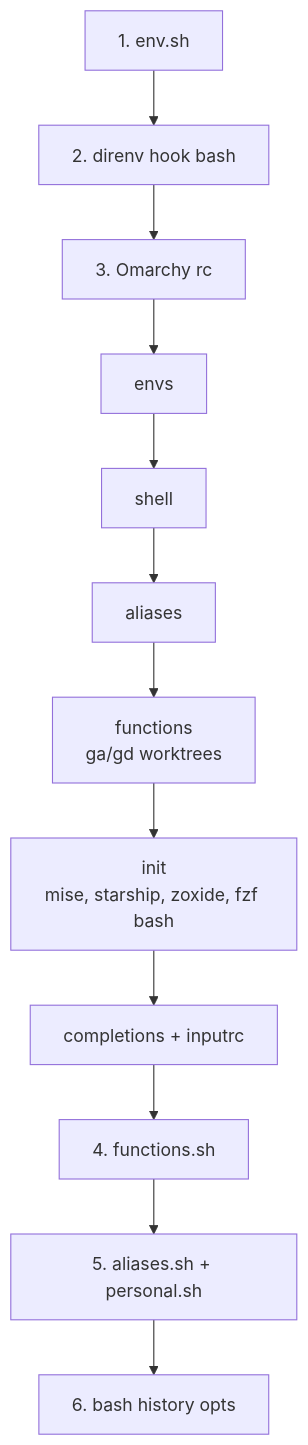
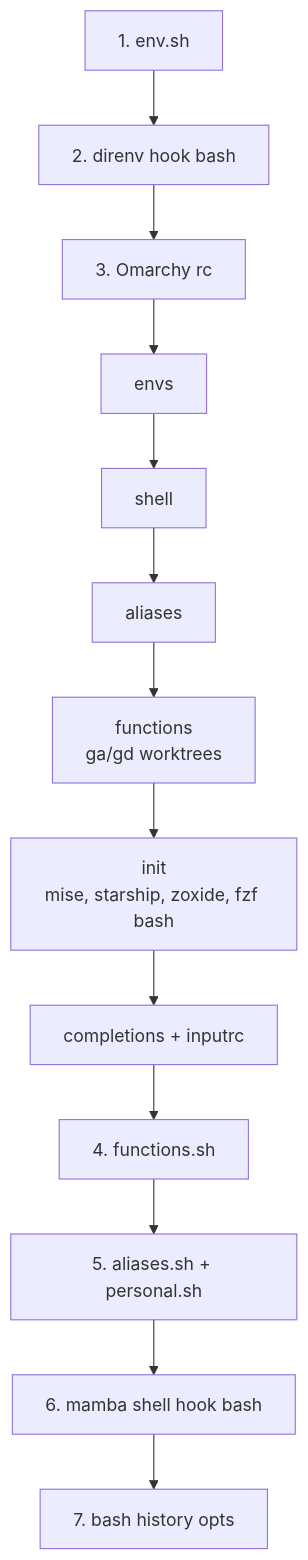
The seventh of 11 diagrams in shell.md (p10ns11y/shellyxz.sh), drawn with Mermaid before and after one commit. The commit also changed other lines of this file and 3 other files, not shown here.

````diff
--- a/shell.md
+++ b/shell.md
@@ -344,14 +350,15 @@
 ```mermaid
 flowchart TD
     A["1. env.sh"] --> B["2. direnv hook bash"]
     B --> C["3. Omarchy rc"]
     C --> C1["envs"]
     C1 --> C2["shell"]
     C2 --> C3["aliases"]
     C3 --> C4["functions<br/>ga/gd worktrees"]
     C4 --> C5["init<br/>mise, starship, zoxide, fzf bash"]
     C5 --> C6["completions + inputrc"]
     C6 --> D["4. functions.sh"]
     D --> E["5. aliases.sh + personal.sh"]
-    E --> F["6. bash history opts"]
+    E --> E2["6. mamba shell hook bash"]
+    E2 --> F["7. bash history opts"]
 ```
````
